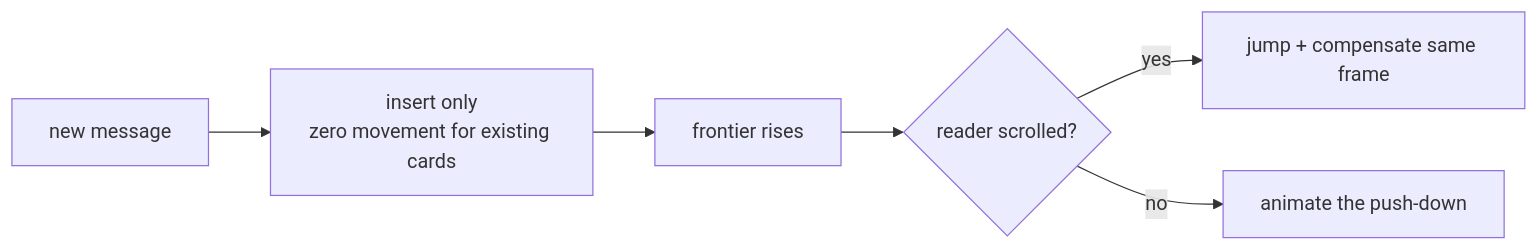
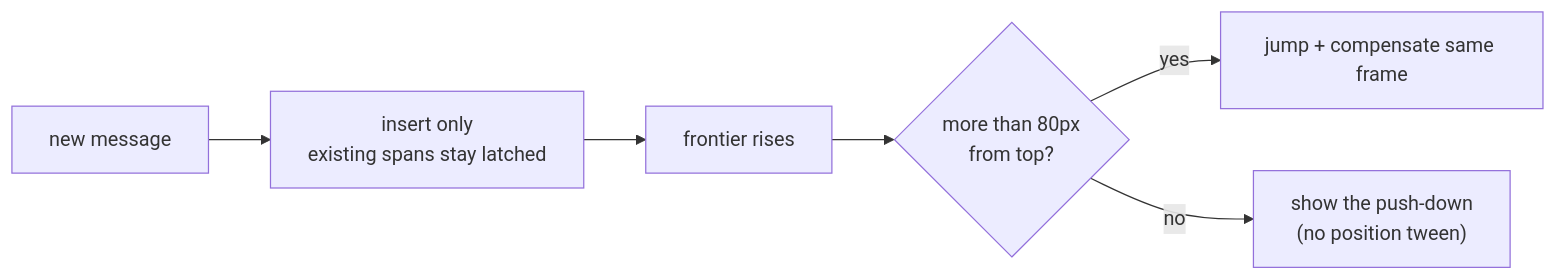
One commit to infimalabs/spice-rust changed diagram 21 of 25 in docs/product/value.md. Above: the diagram before and after it, drawn with Mermaid. The commit also changed other lines of this file and 71 other files, not shown here.

````diff
--- a/docs/product/value.md
+++ b/docs/product/value.md
@@ -438,8 +525,8 @@
 ```mermaid
 flowchart LR
-  N["new message"] --> I["insert only<br/>zero movement for existing cards"]
+  N["new message"] --> I["insert only<br/>existing spans stay latched"]
   I --> F["frontier rises"]
-  F --> S{"reader scrolled?"}
+  F --> S{"more than 80px<br/>from top?"}
   S -- yes --> C["jump + compensate same frame"]
-  S -- no --> A["animate the push-down"]
+  S -- no --> A["show the push-down<br/>(no position tween)"]
 ```
````
